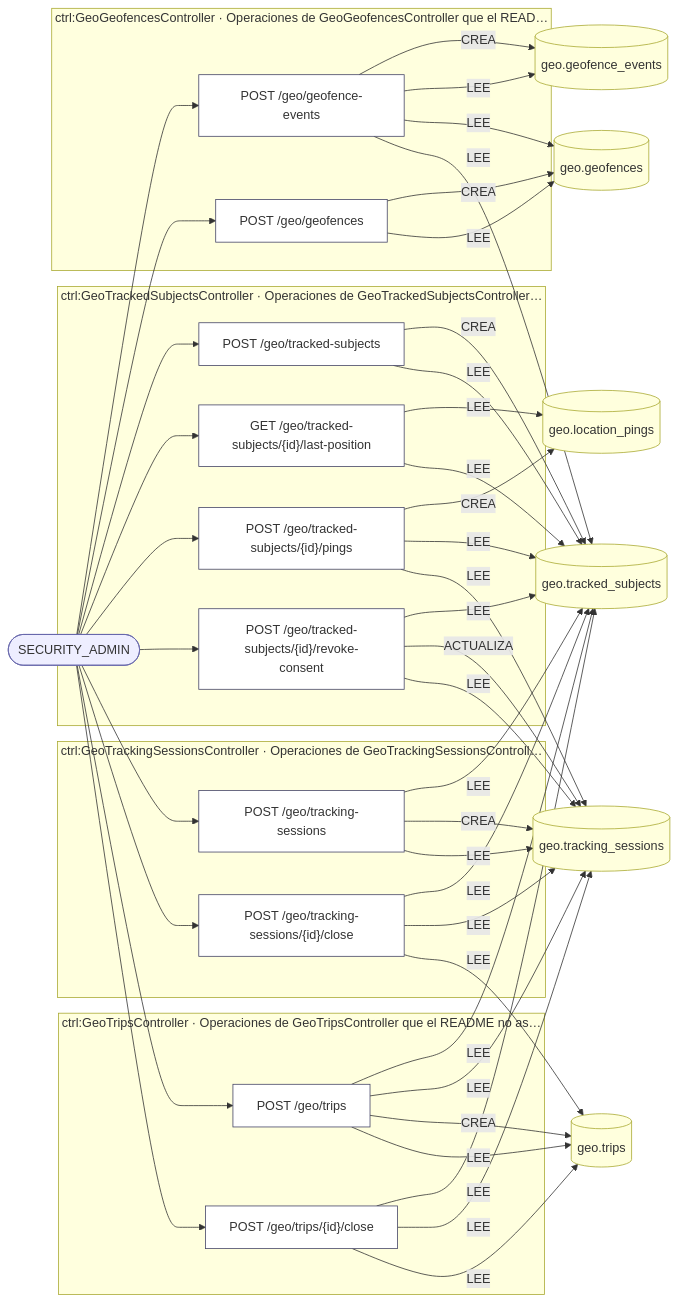
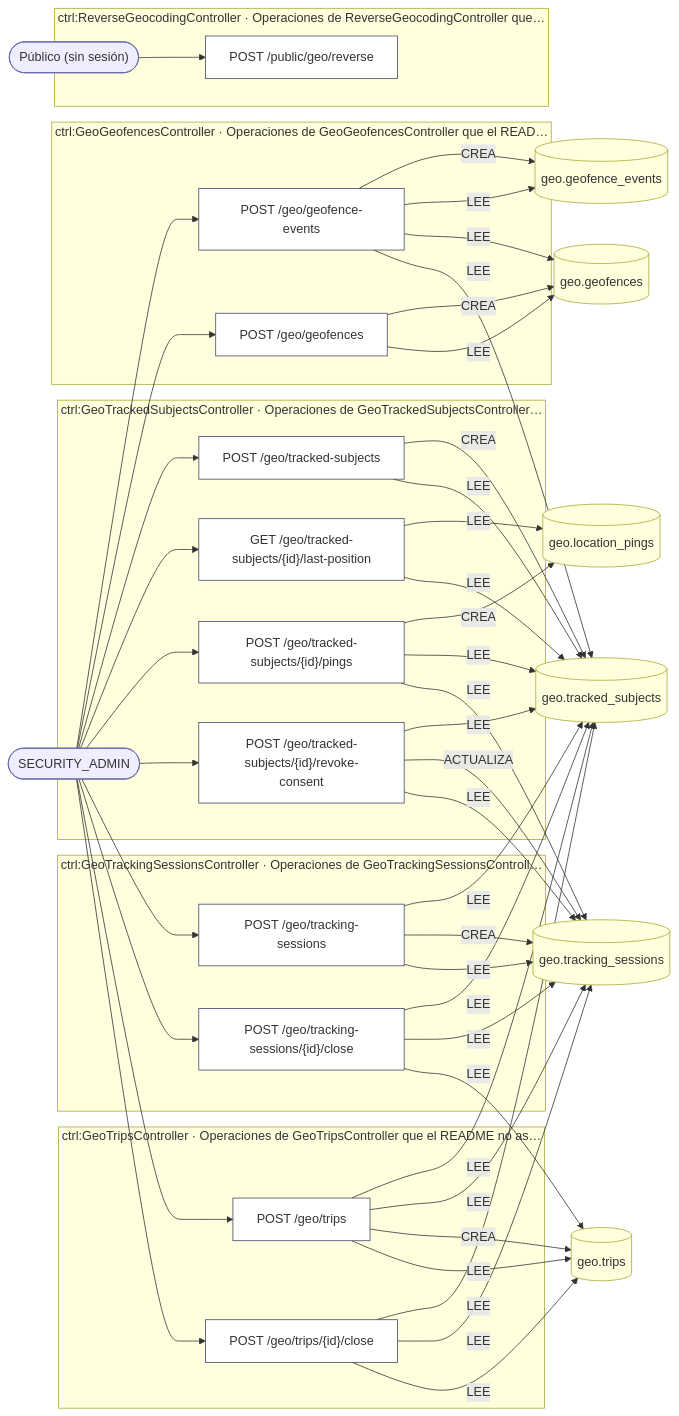
Before and after one commit to mdavila-2001/mantra-core-health-api: the first of 12 diagrams in docs/inventario/flujos/geo.md, drawn with Mermaid. The commit also changed other lines of this file and 205 other files, not shown here.

````diff
--- a/docs/inventario/flujos/geo.md
+++ b/docs/inventario/flujos/geo.md
@@ -39,71 +40,76 @@
 ```mermaid
 flowchart LR
   a2(["SECURITY_ADMIN"]):::actor
+  a19(["Público (sin sesión)"]):::actor
   t3[("geo.geofence_events")]:::tabla
   t4[("geo.geofences")]:::tabla
   t5[("geo.tracked_subjects")]:::tabla
   t9[("geo.location_pings")]:::tabla
   t11[("geo.tracking_sessions")]:::tabla
   t15[("geo.trips")]:::tabla
   subgraph s0["ctrl:GeoGeofencesController · Operaciones de GeoGeofencesController que el READ…"]
     o1["POST /geo/geofence-events"]:::op
     o6["POST /geo/geofences"]:::op
   end
   subgraph s1["ctrl:GeoTrackedSubjectsController · Operaciones de GeoTrackedSubjectsController…"]
     o7["POST /geo/tracked-subjects"]:::op
     o8["GET /geo/tracked-subjects/{id}/last-position"]:::op
     o10["POST /geo/tracked-subjects/{id}/pings"]:::op
     o12["POST /geo/tracked-subjects/{id}/revoke-consent"]:::op
   end
   subgraph s2["ctrl:GeoTrackingSessionsController · Operaciones de GeoTrackingSessionsControll…"]
     o13["POST /geo/tracking-sessions"]:::op
     o14["POST /geo/tracking-sessions/{id}/close"]:::op
   end
   subgraph s3["ctrl:GeoTripsController · Operaciones de GeoTripsController que el README no as…"]
     o16["POST /geo/trips"]:::op
     o17["POST /geo/trips/{id}/close"]:::op
+  end
+  subgraph s4["ctrl:ReverseGeocodingController · Operaciones de ReverseGeocodingController que…"]
+    o18["POST /public/geo/reverse"]:::op
   end
   a2 --> o1
   o1 -->|"CREA"| t3
   o1 -->|"LEE"| t3
   o1 -->|"LEE"| t4
   o1 -->|"LEE"| t5
   a2 --> o6
   o6 -->|"CREA"| t4
   o6 -->|"LEE"| t4
   a2 --> o7
   o7 -->|"CREA"| t5
   o7 -->|"LEE"| t5
   a2 --> o8
   o8 -->|"LEE"| t9
   o8 -->|"LEE"| t5
   a2 --> o10
   o10 -->|"CREA"| t9
   o10 -->|"LEE"| t5
   o10 -->|"LEE"| t11
   a2 --> o12
   o12 -->|"LEE"| t5
   o12 -->|"ACTUALIZA"| t11
   o12 -->|"LEE"| t11
   a2 --> o13
   o13 -->|"LEE"| t5
   o13 -->|"CREA"| t11
   o13 -->|"LEE"| t11
   a2 --> o14
   o14 -->|"LEE"| t5
   o14 -->|"LEE"| t11
   o14 -->|"LEE"| t15
   a2 --> o16
   o16 -->|"LEE"| t5
   o16 -->|"LEE"| t11
   o16 -->|"CREA"| t15
   o16 -->|"LEE"| t15
   a2 --> o17
   o17 -->|"LEE"| t5
   o17 -->|"LEE"| t11
   o17 -->|"LEE"| t15
+  a19 --> o18
   classDef op fill:#fff,stroke:#446
   classDef actor fill:#eef,stroke:#66a
   classDef tabla fill:#ffd,stroke:#aa3
   classDef evento fill:#efe,stroke:#3a3
 ```
````
